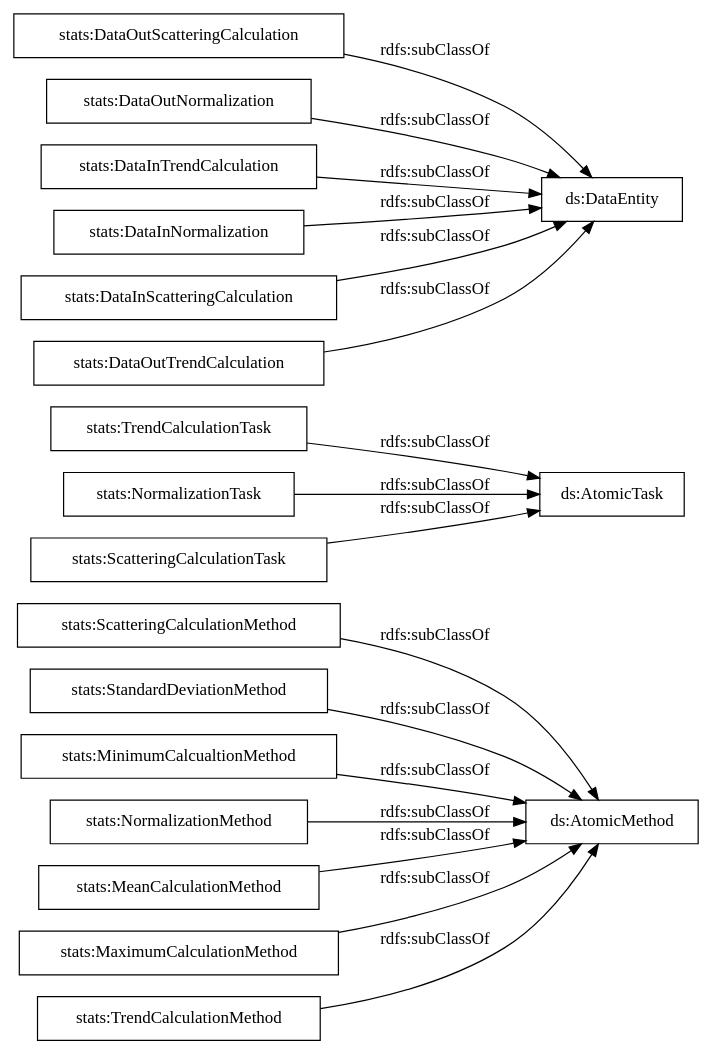
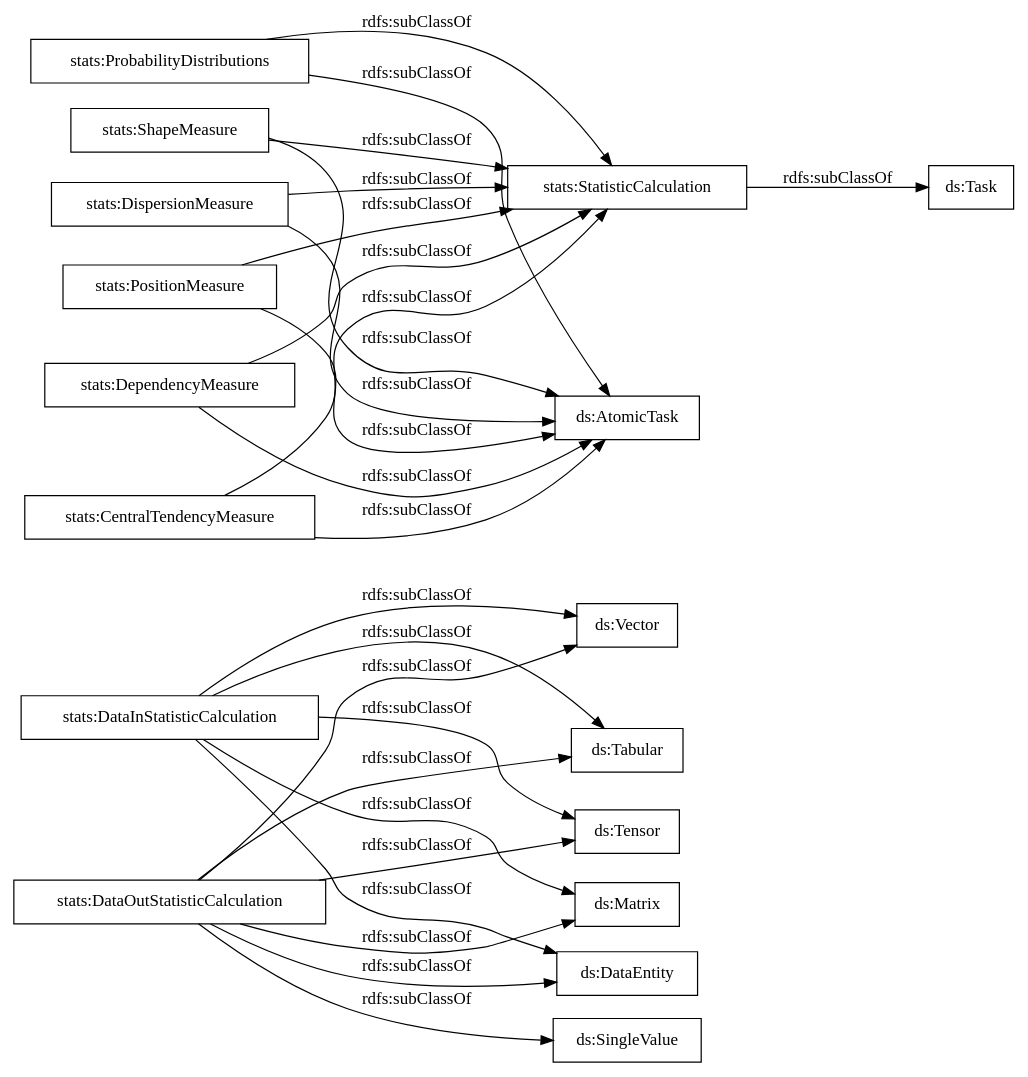
The diagram in OnToology/stats_exeKGOntology.ttl/diagrams/ar2dtool-taxonomy/stats_exeKGOntology.ttl.png.dot (nsai-uio/ExeKGOntology), drawn with Graphviz before and after one commit. The commit also changed 987 other files, not shown here.

```diff
--- a/OnToology/stats_exeKGOntology.ttl/diagrams/ar2dtool-taxonomy/stats_exeKGOntology.ttl.png.dot
+++ b/OnToology/stats_exeKGOntology.ttl/diagrams/ar2dtool-taxonomy/stats_exeKGOntology.ttl.png.dot
@@ -1,22 +1,30 @@
 digraph ar2dtool_diagram { 
 rankdir=LR;
 size="1000"
-node [shape = rectangle, color="black"]; "stats:ScatteringCalculationMethod" "stats:StandardDeviationMethod" "stats:TrendCalculationTask" "stats:DataOutScatteringCalculation" "stats:NormalizationTask" "stats:MinimumCalcualtionMethod" "stats:DataOutNormalization" "stats:DataInTrendCalculation" "stats:DataInNormalization" "stats:DataInScatteringCalculation" "stats:NormalizationMethod" "stats:ScatteringCalculationTask" "stats:MeanCalculationMethod" "stats:MaximumCalculationMethod" "stats:TrendCalculationMethod" "stats:DataOutTrendCalculation" ; /*classes style*/
-	"stats:DataOutNormalization" -> "ds:DataEntity" [ label = "rdfs:subClassOf" ];
-	"stats:NormalizationMethod" -> "ds:AtomicMethod" [ label = "rdfs:subClassOf" ];
-	"stats:TrendCalculationMethod" -> "ds:AtomicMethod" [ label = "rdfs:subClassOf" ];
-	"stats:MeanCalculationMethod" -> "ds:AtomicMethod" [ label = "rdfs:subClassOf" ];
-	"stats:TrendCalculationTask" -> "ds:AtomicTask" [ label = "rdfs:subClassOf" ];
-	"stats:DataInScatteringCalculation" -> "ds:DataEntity" [ label = "rdfs:subClassOf" ];
-	"stats:DataInNormalization" -> "ds:DataEntity" [ label = "rdfs:subClassOf" ];
-	"stats:NormalizationTask" -> "ds:AtomicTask" [ label = "rdfs:subClassOf" ];
-	"stats:DataInTrendCalculation" -> "ds:DataEntity" [ label = "rdfs:subClassOf" ];
-	"stats:ScatteringCalculationMethod" -> "ds:AtomicMethod" [ label = "rdfs:subClassOf" ];
-	"stats:DataOutScatteringCalculation" -> "ds:DataEntity" [ label = "rdfs:subClassOf" ];
-	"stats:StandardDeviationMethod" -> "ds:AtomicMethod" [ label = "rdfs:subClassOf" ];
-	"stats:MaximumCalculationMethod" -> "ds:AtomicMethod" [ label = "rdfs:subClassOf" ];
-	"stats:DataOutTrendCalculation" -> "ds:DataEntity" [ label = "rdfs:subClassOf" ];
-	"stats:ScatteringCalculationTask" -> "ds:AtomicTask" [ label = "rdfs:subClassOf" ];
-	"stats:MinimumCalcualtionMethod" -> "ds:AtomicMethod" [ label = "rdfs:subClassOf" ];
+node [shape = rectangle, color="black"]; "stats:DataOutStatisticCalculation" "stats:DataInStatisticCalculation" "stats:ProbabilityDistributions" "stats:ShapeMeasure" "stats:DependencyMeasure" "stats:PositionMeasure" "stats:DispersionMeasure" "stats:CentralTendencyMeasure" "stats:StatisticCalculation" ; /*classes style*/
+	"stats:CentralTendencyMeasure" -> "stats:StatisticCalculation" [ label = "rdfs:subClassOf" ];
+	"stats:CentralTendencyMeasure" -> "ds:AtomicTask" [ label = "rdfs:subClassOf" ];
+	"stats:StatisticCalculation" -> "ds:Task" [ label = "rdfs:subClassOf" ];
+	"stats:DispersionMeasure" -> "stats:StatisticCalculation" [ label = "rdfs:subClassOf" ];
+	"stats:DispersionMeasure" -> "ds:AtomicTask" [ label = "rdfs:subClassOf" ];
+	"stats:DataOutStatisticCalculation" -> "ds:Tabular" [ label = "rdfs:subClassOf" ];
+	"stats:DataOutStatisticCalculation" -> "ds:SingleValue" [ label = "rdfs:subClassOf" ];
+	"stats:DataOutStatisticCalculation" -> "ds:Vector" [ label = "rdfs:subClassOf" ];
+	"stats:DataOutStatisticCalculation" -> "ds:Matrix" [ label = "rdfs:subClassOf" ];
+	"stats:DataOutStatisticCalculation" -> "ds:Tensor" [ label = "rdfs:subClassOf" ];
+	"stats:DataOutStatisticCalculation" -> "ds:DataEntity" [ label = "rdfs:subClassOf" ];
+	"stats:DataInStatisticCalculation" -> "ds:Tabular" [ label = "rdfs:subClassOf" ];
+	"stats:DataInStatisticCalculation" -> "ds:Vector" [ label = "rdfs:subClassOf" ];
+	"stats:DataInStatisticCalculation" -> "ds:Matrix" [ label = "rdfs:subClassOf" ];
+	"stats:DataInStatisticCalculation" -> "ds:Tensor" [ label = "rdfs:subClassOf" ];
+	"stats:DataInStatisticCalculation" -> "ds:DataEntity" [ label = "rdfs:subClassOf" ];
+	"stats:ProbabilityDistributions" -> "stats:StatisticCalculation" [ label = "rdfs:subClassOf" ];
+	"stats:ProbabilityDistributions" -> "ds:AtomicTask" [ label = "rdfs:subClassOf" ];
+	"stats:ShapeMeasure" -> "stats:StatisticCalculation" [ label = "rdfs:subClassOf" ];
+	"stats:ShapeMeasure" -> "ds:AtomicTask" [ label = "rdfs:subClassOf" ];
+	"stats:PositionMeasure" -> "stats:StatisticCalculation" [ label = "rdfs:subClassOf" ];
+	"stats:PositionMeasure" -> "ds:AtomicTask" [ label = "rdfs:subClassOf" ];
+	"stats:DependencyMeasure" -> "stats:StatisticCalculation" [ label = "rdfs:subClassOf" ];
+	"stats:DependencyMeasure" -> "ds:AtomicTask" [ label = "rdfs:subClassOf" ];
 
 }
```
